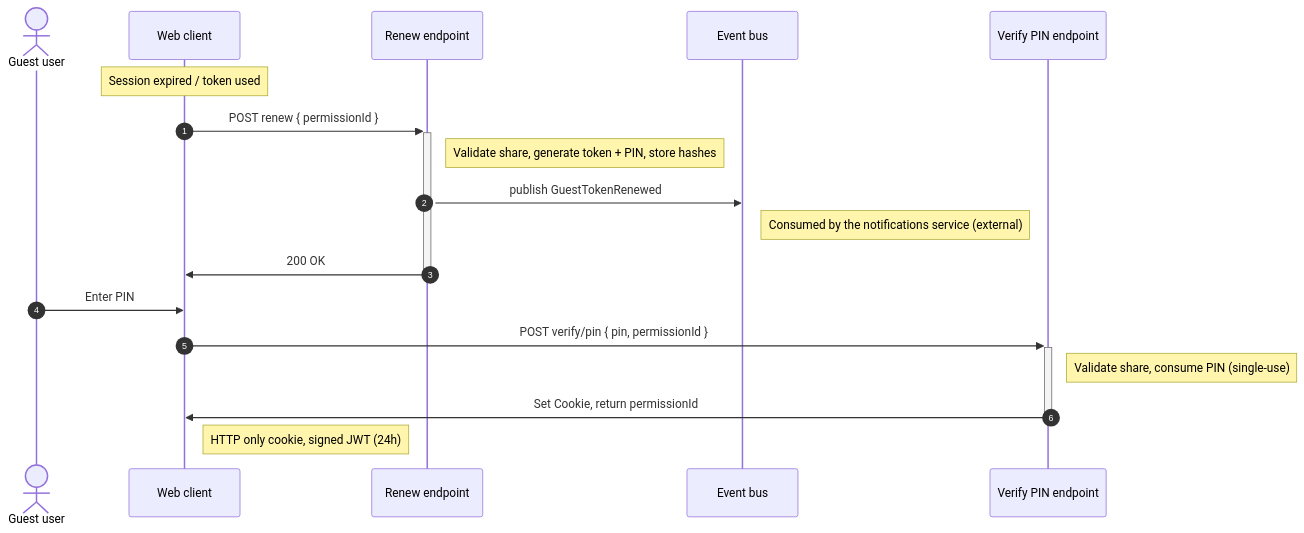
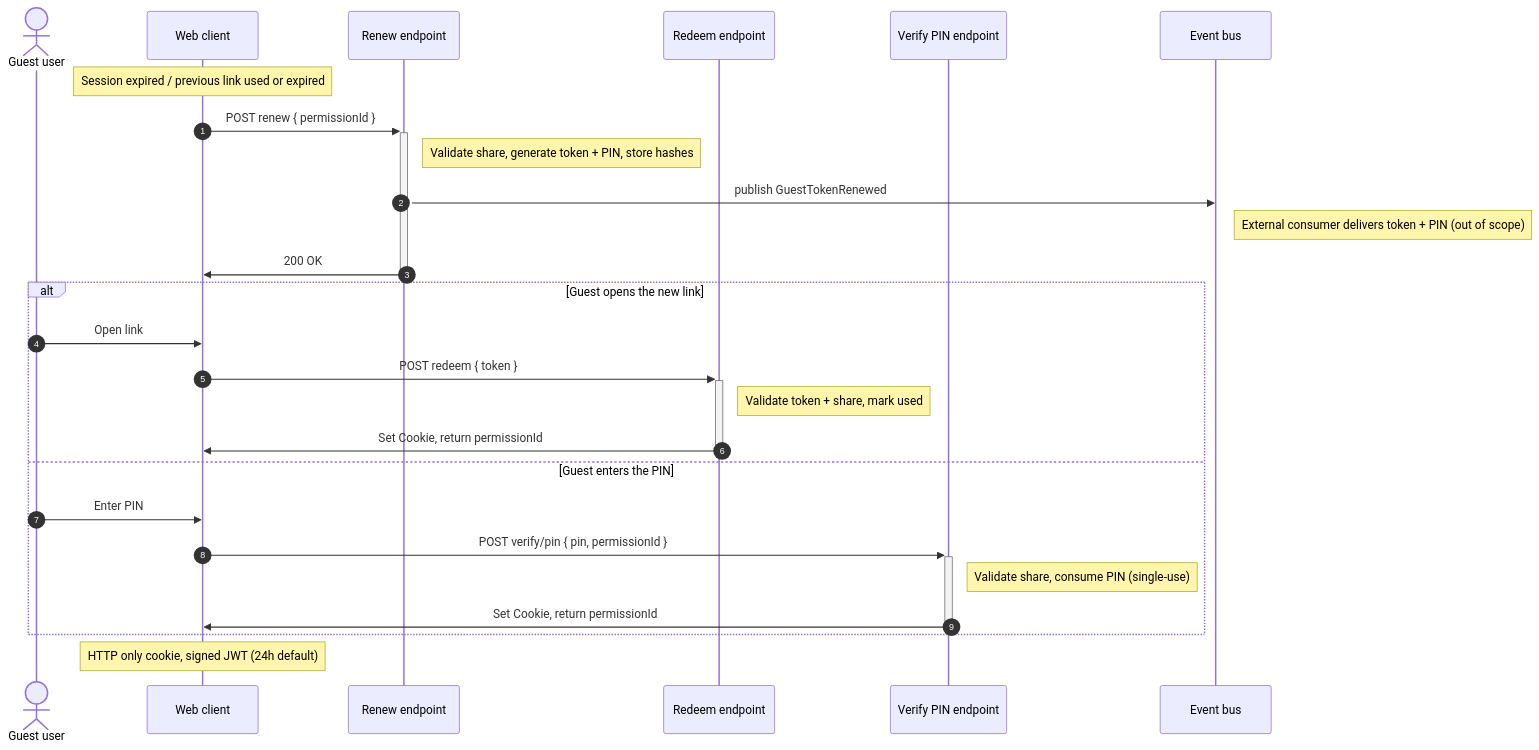
One commit to rhafer/opencloud changed the second of 2 diagrams in services/auth-guest/README.md. Above: the diagram before and after it, drawn with Mermaid. The commit also changed other lines of this file, not shown here.

````diff
--- a/services/auth-guest/README.md
+++ b/services/auth-guest/README.md
@@ -88,21 +101,30 @@
 ```mermaid
 sequenceDiagram
     autonumber
     actor User as Guest user
     participant Web as Web client
     participant Renew as Renew endpoint
+    participant Redeem as Redeem endpoint
+    participant Pin as Verify PIN endpoint
     participant Bus as Event bus
-    participant Pin as Verify PIN endpoint
 
-    Note over Web: Session expired / token used
+    Note over Web: Session expired / previous link used or expired
     Web->>+Renew: POST renew { permissionId }
     Note right of Renew: Validate share, generate token + PIN, store hashes
     Renew->>Bus: publish GuestTokenRenewed
-    Note right of Bus: Consumed by the notifications service (external)
+    Note right of Bus: External consumer delivers token + PIN (out of scope)
     Renew->>-Web: 200 OK
-    User->>Web: Enter PIN
-    Web->>+Pin: POST verify/pin { pin, permissionId }
-    Note right of Pin: Validate share, consume PIN (single-use)
-    Pin->>-Web: Set Cookie, return permissionId
-    Note right of Web: HTTP only cookie, signed JWT (24h)
+
+    alt Guest opens the new link
+        User->>Web: Open link
+        Web->>+Redeem: POST redeem { token }
+        Note right of Redeem: Validate token + share, mark used
+        Redeem->>-Web: Set Cookie, return permissionId
+    else Guest enters the PIN
+        User->>Web: Enter PIN
+        Web->>+Pin: POST verify/pin { pin, permissionId }
+        Note right of Pin: Validate share, consume PIN (single-use)
+        Pin->>-Web: Set Cookie, return permissionId
+    end
+    Note over Web: HTTP only cookie, signed JWT (24h default)
 ```
````
